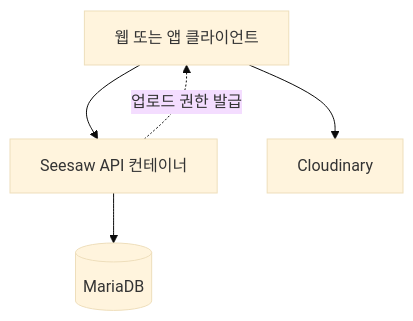
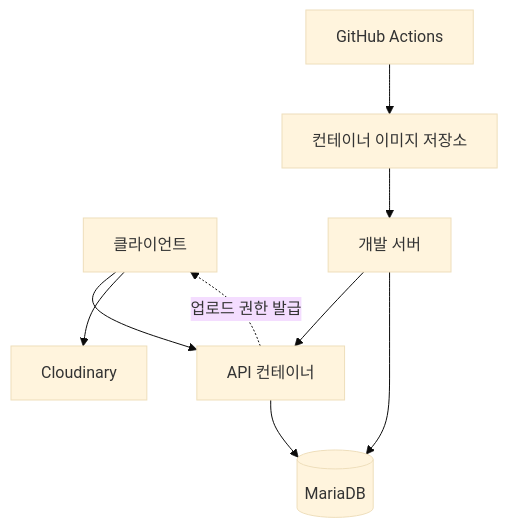
One commit to jei-seesaw/seesaw-api changed the ninth of 10 diagrams in README.md. Above: the diagram before and after it, drawn with Mermaid (base theme). The commit also changed other lines of this file, not shown here.

````diff
--- a/README.md
+++ b/README.md
@@ -202,12 +316,19 @@
 ```mermaid
 flowchart TD
-  Client[웹 또는 앱 클라이언트]
-  API[Seesaw API 컨테이너]
-  DB[(MariaDB)]
+  Client[클라이언트]
+  API[API 컨테이너]
+  Database[(MariaDB)]
   Media[Cloudinary]
+  Registry[컨테이너 이미지 저장소]
+  CI[GitHub Actions]
+  Server[개발 서버]
 
   Client --> API
-  API --> DB
+  API --> Database
   Client --> Media
   API -. 업로드 권한 발급 .-> Client
+  CI --> Registry
+  Registry --> Server
+  Server --> API
+  Server --> Database
 ```
````
